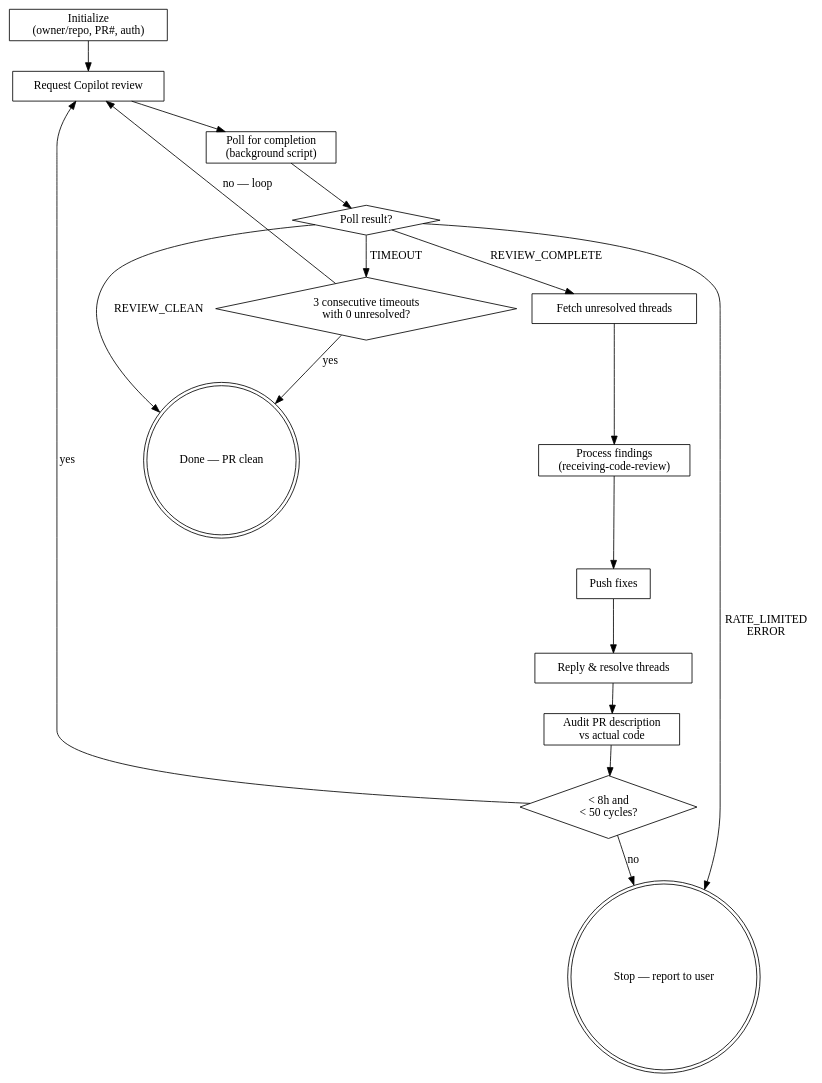
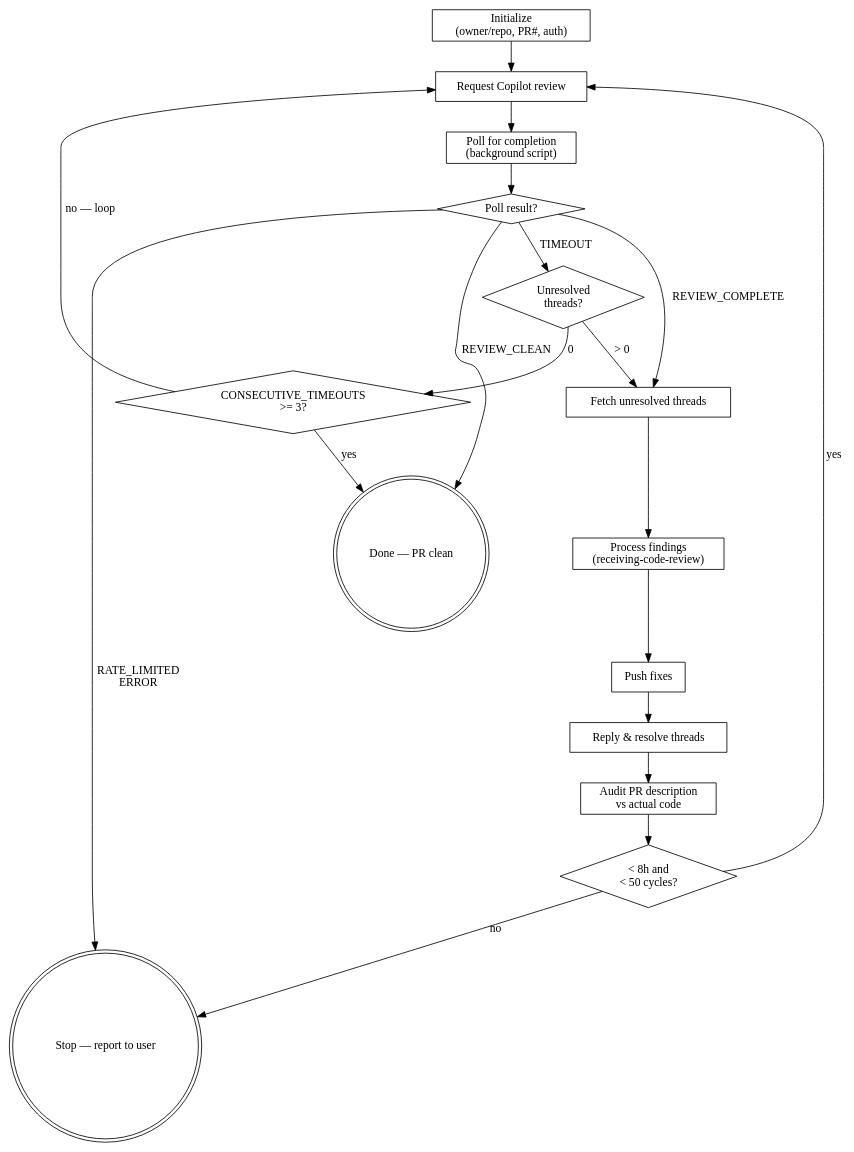
The diagram in skills/copilot-review/SKILL.md (perezd/codetainer), drawn with Graphviz before and after one commit. The commit also changed other lines of this file, not shown here.

First line of the commit message:
fix(skills): refine timeout convergence and PR description audit

````diff
--- a/skills/copilot-review/SKILL.md
+++ b/skills/copilot-review/SKILL.md
@@ -23,36 +23,39 @@
 ```dot
 digraph copilot_review {
     rankdir=TB;
 
     init [label="Initialize\n(owner/repo, PR#, auth)" shape=box];
     request [label="Request Copilot review" shape=box];
     poll [label="Poll for completion\n(background script)" shape=box];
     result [label="Poll result?" shape=diamond];
-    timeout_check [label="3 consecutive timeouts\nwith 0 unresolved?" shape=diamond];
+    timeout_query [label="Unresolved\nthreads?" shape=diamond];
+    timeout_converge [label="CONSECUTIVE_TIMEOUTS\n>= 3?" shape=diamond];
     fetch [label="Fetch unresolved threads" shape=box];
     process [label="Process findings\n(receiving-code-review)" shape=box];
     push [label="Push fixes" shape=box];
     resolve [label="Reply & resolve threads" shape=box];
     desc_audit [label="Audit PR description\nvs actual code" shape=box];
     guard [label="< 8h and\n< 50 cycles?" shape=diamond];
     done_clean [label="Done — PR clean" shape=doublecircle];
     done_stop [label="Stop — report to user" shape=doublecircle];
 
     init -> request;
     request -> poll;
     poll -> result;
     result -> done_clean [label="REVIEW_CLEAN"];
-    result -> timeout_check [label="TIMEOUT"];
+    result -> timeout_query [label="TIMEOUT"];
     result -> done_stop [label="RATE_LIMITED\nERROR"];
     result -> fetch [label="REVIEW_COMPLETE"];
-    timeout_check -> done_clean [label="yes"];
-    timeout_check -> request [label="no — loop"];
+    timeout_query -> fetch [label="> 0"];
+    timeout_query -> timeout_converge [label="0"];
+    timeout_converge -> done_clean [label="yes"];
+    timeout_converge -> request [label="no — loop"];
     fetch -> process;
     process -> push;
     push -> resolve;
     resolve -> desc_audit;
     desc_audit -> guard;
     guard -> request [label="yes"];
     guard -> done_stop [label="no"];
 }
 ```
````
